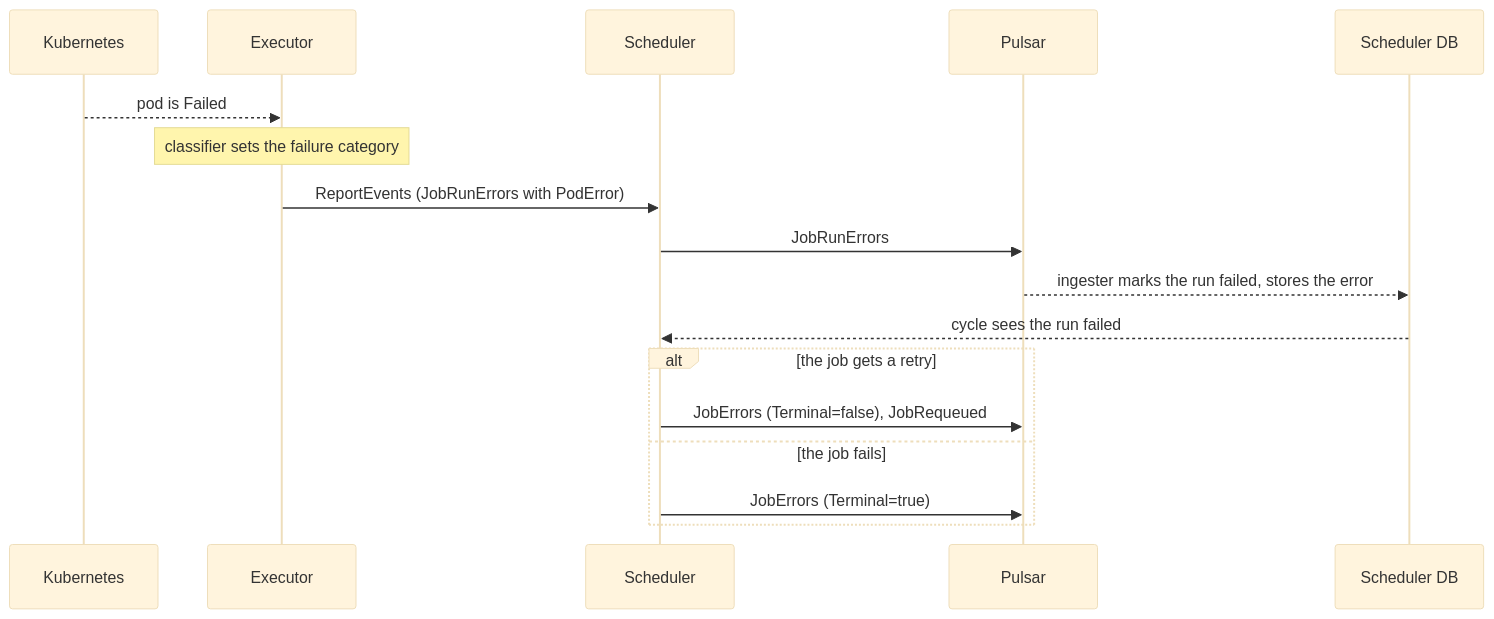
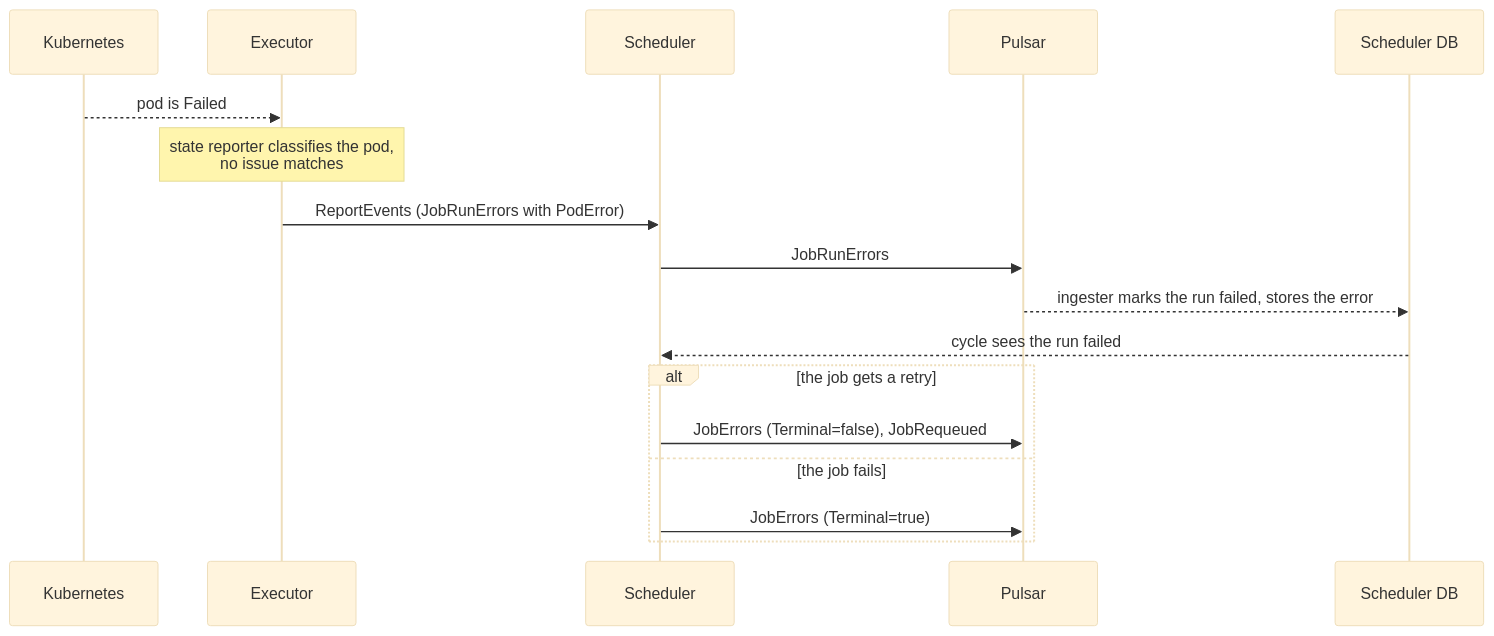
One commit to armadaproject/armada changed the fifth of 11 diagrams in docs/developer/job-lifecycle-events.md. Above: the diagram before and after it, drawn with Mermaid (base theme). The commit also changed other lines of this file, not shown here.

````diff
--- a/docs/developer/job-lifecycle-events.md
+++ b/docs/developer/job-lifecycle-events.md
@@ -368,19 +368,19 @@
 ```mermaid
 sequenceDiagram
     participant K as Kubernetes
     participant E as Executor
     participant Sc as Scheduler
     participant P as Pulsar
     participant Pg as Scheduler DB
     K-->>E: pod is Failed
-    Note over E: classifier sets the failure category
+    Note over E: state reporter classifies the pod,<br/>no issue matches
     E->>Sc: ReportEvents (JobRunErrors with PodError)
     Sc->>P: JobRunErrors
     P-->>Pg: ingester marks the run failed, stores the error
     Pg-->>Sc: cycle sees the run failed
     alt the job gets a retry
         Sc->>P: JobErrors (Terminal=false), JobRequeued
     else the job fails
         Sc->>P: JobErrors (Terminal=true)
     end
 ```
````
